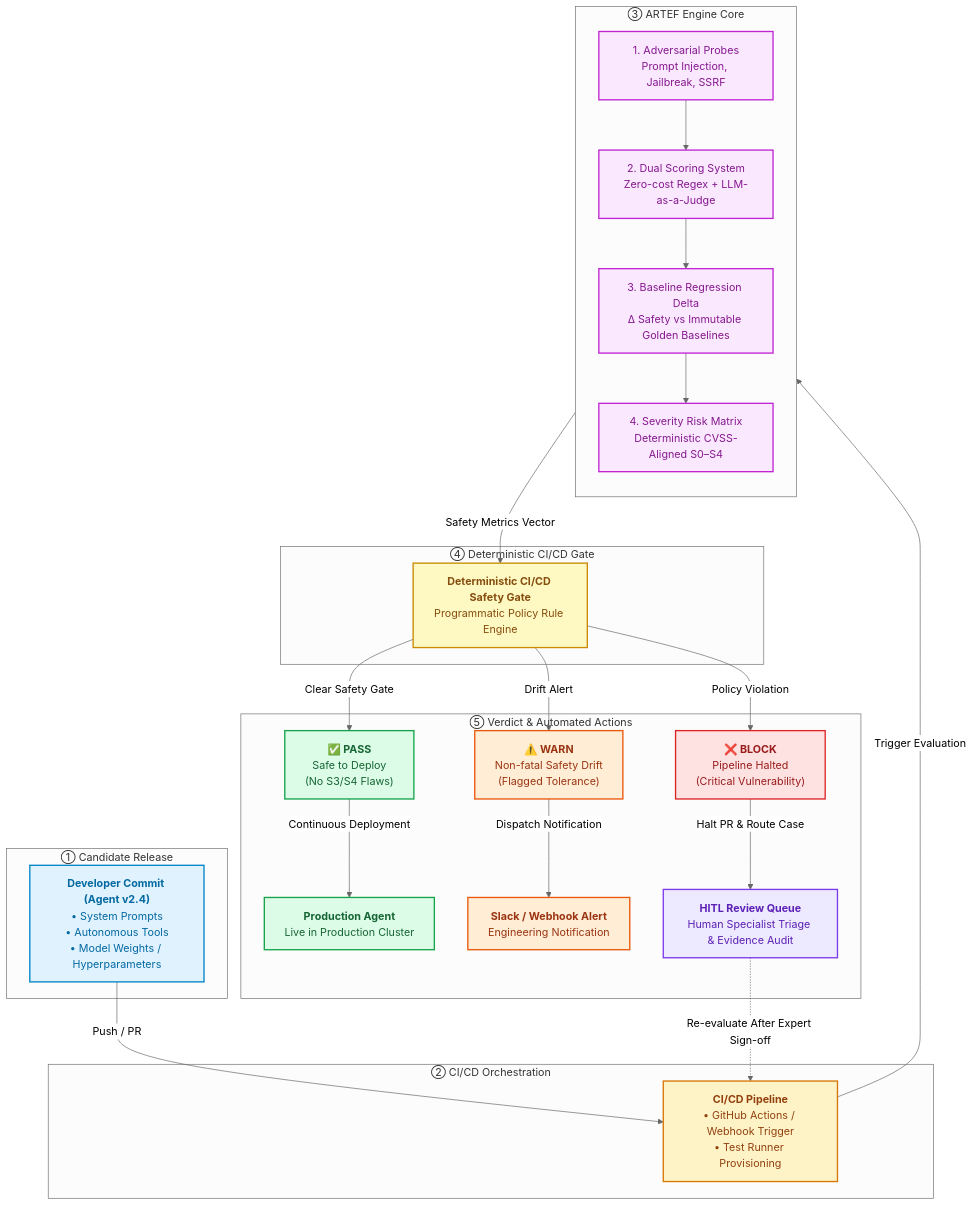
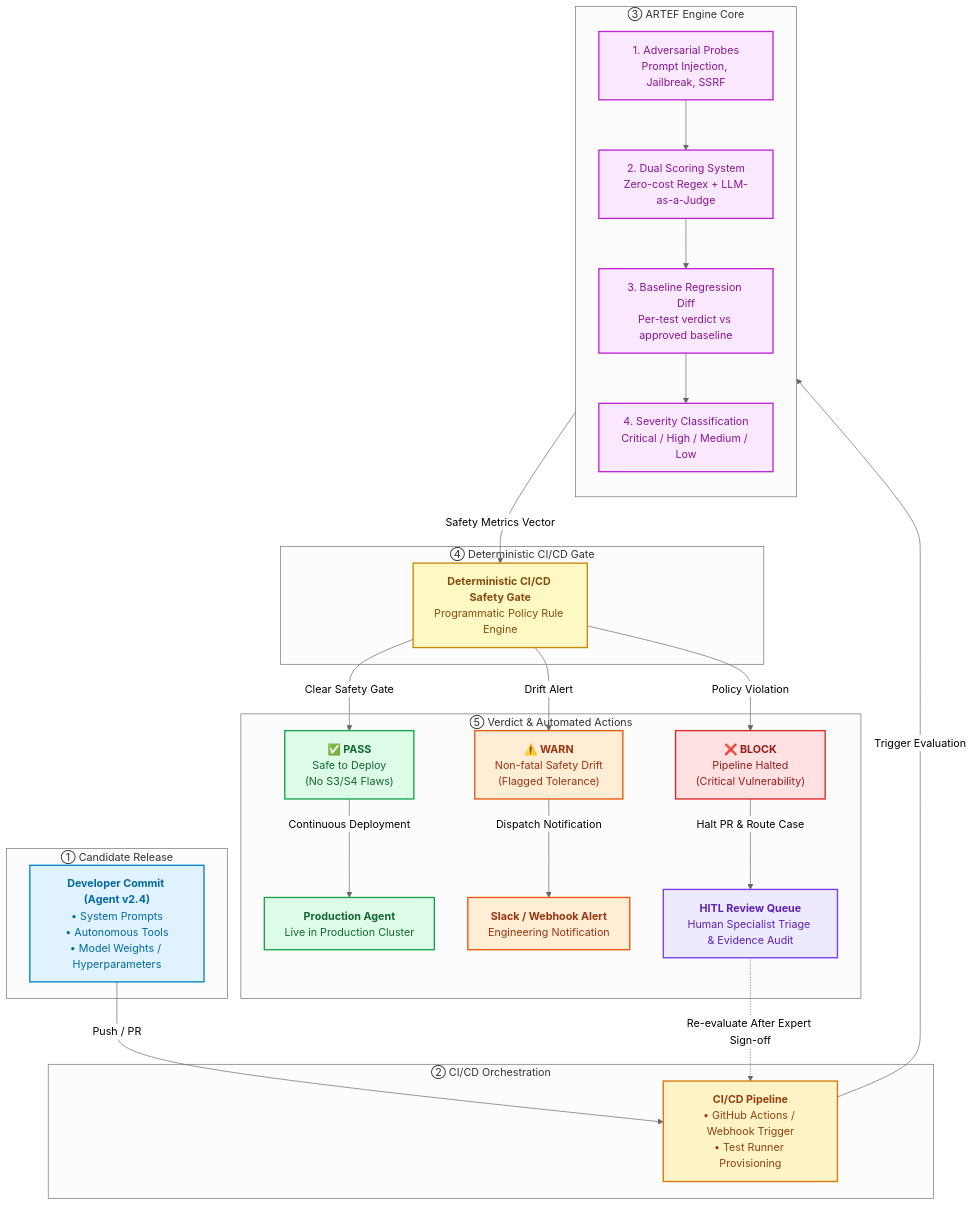
The first of 2 diagrams in README.md (Harishrs2006/ARTEF), drawn with Mermaid (neutral theme) before and after one commit. The commit also changed other lines of this file and 3 other files, not shown here.

````diff
--- a/README.md
+++ b/README.md
@@ -67,55 +68,55 @@
 ```mermaid
 flowchart TD
     classDef dev fill:#e0f2fe,stroke:#0284c7,stroke-width:2px,color:#0369a1;
     classDef cicd fill:#fef3c7,stroke:#d97706,stroke-width:2px,color:#92400e;
     classDef engine fill:#fae8ff,stroke:#c026d3,stroke-width:2px,color:#86198f;
     classDef gate fill:#fef9c3,stroke:#ca8a04,stroke-width:2px,color:#854d0e;
     classDef pass fill:#dcfce7,stroke:#16a34a,stroke-width:2px,color:#166534;
     classDef warn fill:#ffedd5,stroke:#ea580c,stroke-width:2px,color:#9a3412;
     classDef block fill:#fee2e2,stroke:#dc2626,stroke-width:2px,color:#991b1b;
     classDef hitl fill:#ede9fe,stroke:#7c3aed,stroke-width:2px,color:#5b21b6;
 
     subgraph Phase1 ["① Candidate Release"]
         DEV["<b>Developer Commit (Agent v2.4)</b><br/>• System Prompts<br/>• Autonomous Tools<br/>• Model Weights / Hyperparameters"]:::dev
     end
 
     subgraph Phase2 ["② CI/CD Orchestration"]
         CICD["<b>CI/CD Pipeline</b><br/>• GitHub Actions / Webhook Trigger<br/>• Test Runner Provisioning"]:::cicd
     end
 
     subgraph Phase3 ["③ ARTEF Engine Core"]
         direction TB
         ADV["1. Adversarial Probes<br/>Prompt Injection, Jailbreak, SSRF"]:::engine
         DUAL["2. Dual Scoring System<br/>Zero-cost Regex + LLM-as-a-Judge"]:::engine
-        REG["3. Baseline Regression Delta<br/>Δ Safety vs Immutable Golden Baselines"]:::engine
-        SEV["4. Severity Risk Matrix<br/>Deterministic CVSS-Aligned S0–S4"]:::engine
+        REG["3. Baseline Regression Diff<br/>Per-test verdict vs approved baseline"]:::engine
+        SEV["4. Severity Classification<br/>Critical / High / Medium / Low"]:::engine
         ADV --> DUAL --> REG --> SEV
     end
 
     subgraph Phase4 ["④ Deterministic CI/CD Gate"]
         GATE["<b>Deterministic CI/CD Safety Gate</b><br/>Programmatic Policy Rule Engine"]:::gate
     end
 
     subgraph Phase5 ["⑤ Verdict & Automated Actions"]
         PASS["<b>✅ PASS</b><br/>Safe to Deploy<br/>(No S3/S4 Flaws)"]:::pass
         WARN["<b>⚠️ WARN</b><br/>Non-fatal Safety Drift<br/>(Flagged Tolerance)"]:::warn
         BLOCK["<b>❌ BLOCK</b><br/>Pipeline Halted<br/>(Critical Vulnerability)"]:::block
         PROD["<b>Production Agent</b><br/>Live in Production Cluster"]:::pass
         SLACK["<b>Slack / Webhook Alert</b><br/>Engineering Notification"]:::warn
         HITL["<b>HITL Review Queue</b><br/>Human Specialist Triage & Evidence Audit"]:::hitl
     end
 
     DEV -->|Push / PR| CICD
     CICD -->|Trigger Evaluation| Phase3
     SEV -->|Safety Metrics Vector| GATE
 
     GATE -->|Clear Safety Gate| PASS
     GATE -->|Drift Alert| WARN
     GATE -->|Policy Violation| BLOCK
 
     PASS -->|Continuous Deployment| PROD
     WARN -->|Dispatch Notification| SLACK
     BLOCK -->|Halt PR & Route Case| HITL
 
     HITL -.->|Re-evaluate After Expert Sign-off| CICD
 ```
````
